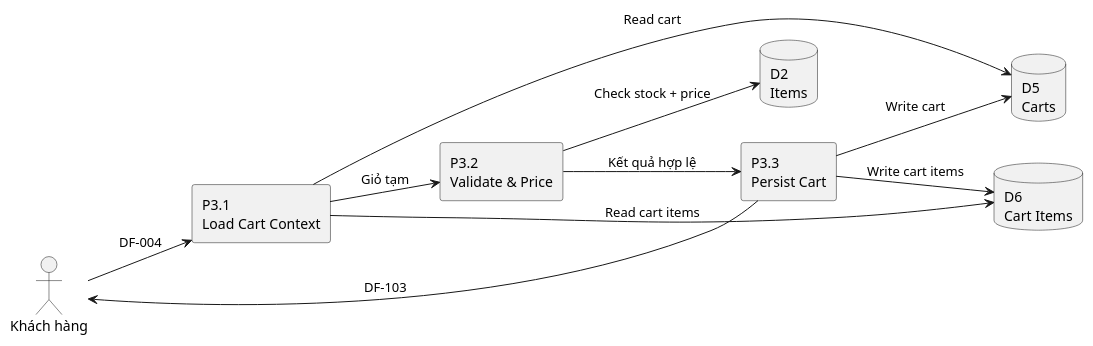
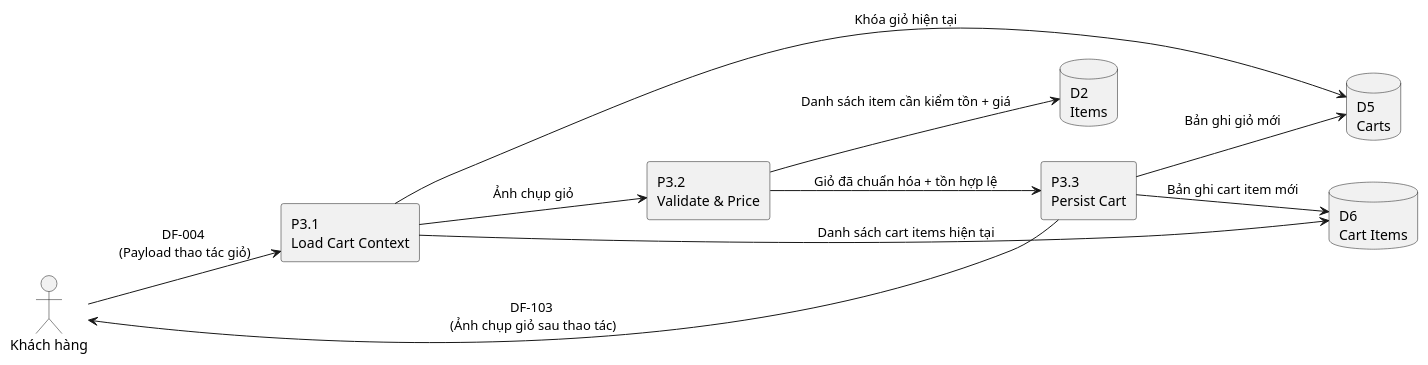
The diagram in Diagrams/software_dfd_level2_p3_cart.puml (KhoaNguyen01004/QuanLyBanHang), drawn with PlantUML before and after one commit. The commit also changed 9 other files, not shown here.

```diff
--- a/Diagrams/software_dfd_level2_p3_cart.puml
+++ b/Diagrams/software_dfd_level2_p3_cart.puml
@@ -1,24 +1,24 @@
 @startuml DFD_Level2_P3_Cart
 hide stereotype
 left to right direction
 
 actor "Khách hàng" as Customer
 
 rectangle "P3.1\nLoad Cart Context" as P31
 rectangle "P3.2\nValidate & Price" as P32
 rectangle "P3.3\nPersist Cart" as P33
 
 database "D2\nItems" as D2
 database "D5\nCarts" as D5
 database "D6\nCart Items" as D6
 
-Customer --> P31 : DF-004
-P31 --> D5 : Read cart
-P31 --> D6 : Read cart items
-P31 --> P32 : Giỏ tạm
-P32 --> D2 : Check stock + price
-P32 --> P33 : Kết quả hợp lệ
-P33 --> D5 : Write cart
-P33 --> D6 : Write cart items
-P33 --> Customer : DF-103
+Customer --> P31 : DF-004 \n(Payload thao tác giỏ)
+P31 --> D5 : Khóa giỏ hiện tại
+P31 --> D6 : Danh sách cart items hiện tại
+P31 --> P32 : Ảnh chụp giỏ
+P32 --> D2 : Danh sách item cần kiểm tồn + giá
+P32 --> P33 : Giỏ đã chuẩn hóa + tồn hợp lệ
+P33 --> D5 : Bản ghi giỏ mới
+P33 --> D6 : Bản ghi cart item mới
+P33 --> Customer : DF-103 \n(Ảnh chụp giỏ sau thao tác)
 @enduml
```
